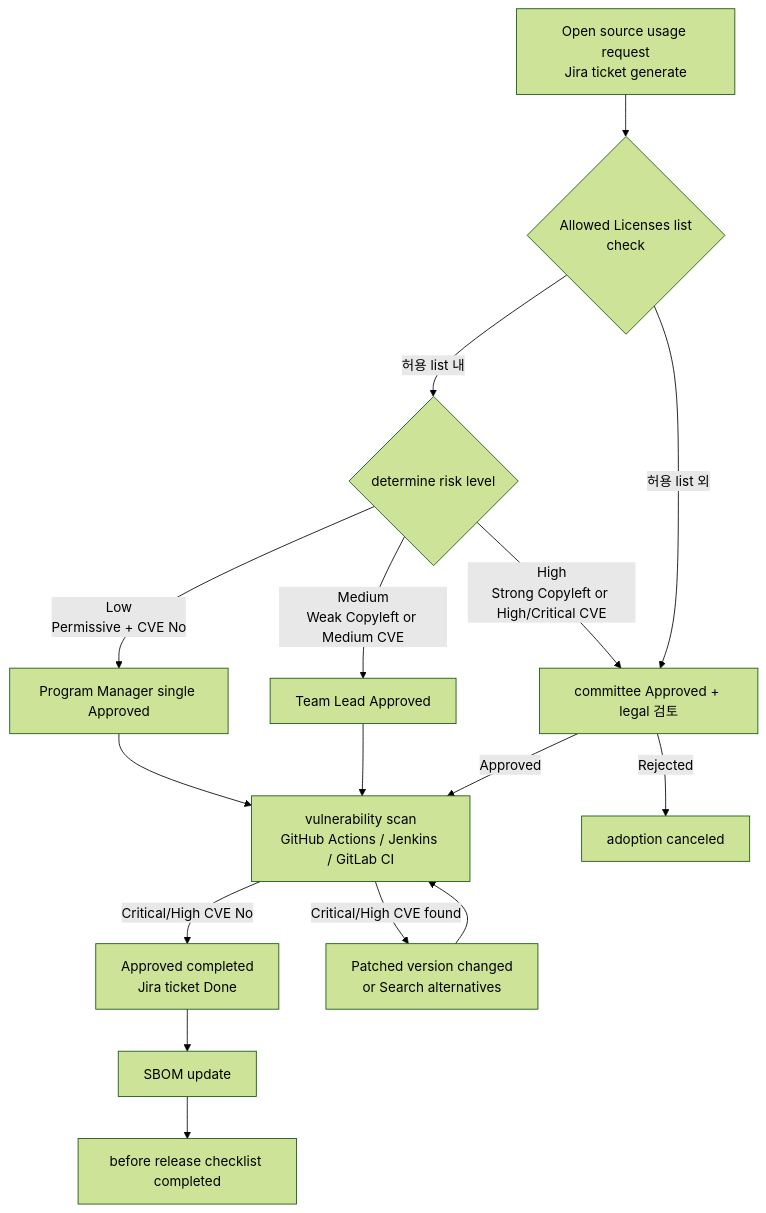
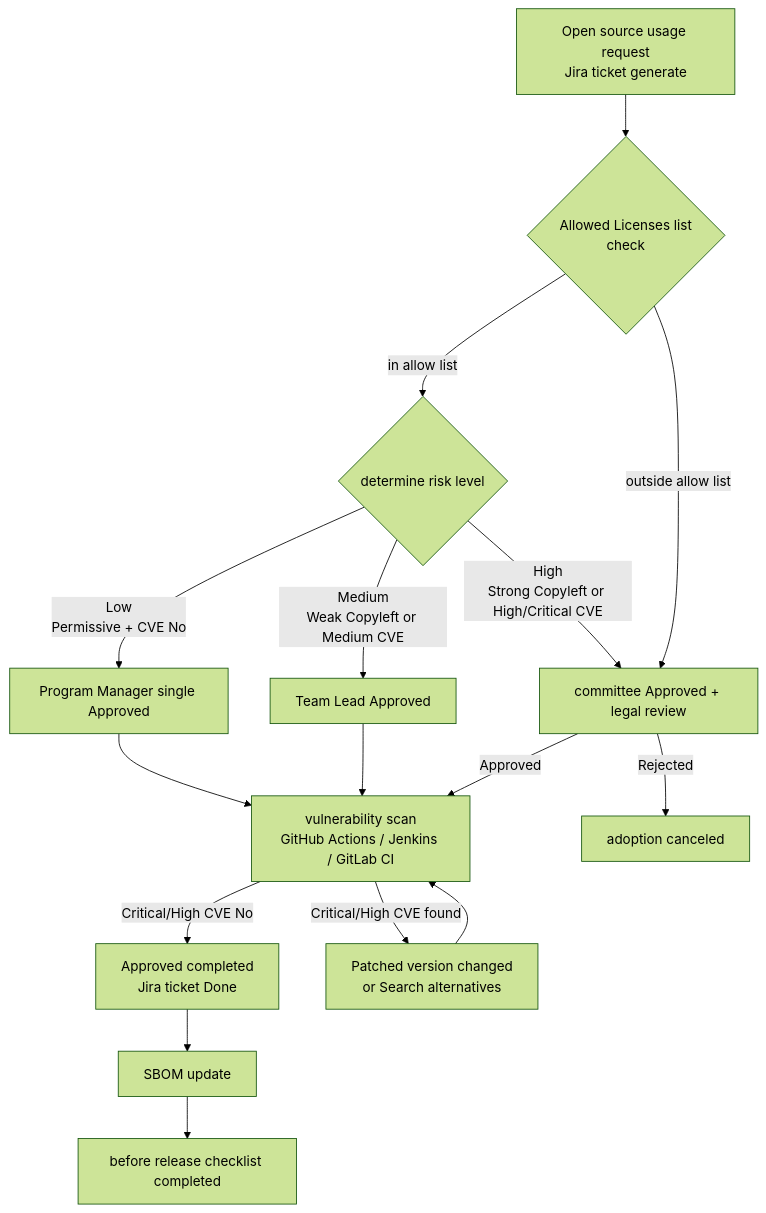
Before and after one commit to trustedoss/trustedoss.github.io: the first of 4 diagrams in website/i18n/en/docusaurus-plugin-content-docs-reference/current/samples/process.md, drawn with Mermaid (forest theme). The commit also changed other lines of this file and 4 other files, not shown here.

````diff
--- a/website/i18n/en/docusaurus-plugin-content-docs-reference/current/samples/process.md
+++ b/website/i18n/en/docusaurus-plugin-content-docs-reference/current/samples/process.md
@@ -529,18 +529,18 @@
 ```mermaid
 graph TD
     A[Open source usage request\nJira ticket generate] --> B{Allowed Licenses list\ncheck}
-    B -->|허용 list 내| C{determine risk level}
-    B -->|허용 list 외| D[committee Approved + legal 검토]
+    B -->|in allow list| C{determine risk level}
+    B -->|outside allow list| D[committee Approved + legal review]
     C -->|Low\nPermissive + CVE No| E[Program Manager single Approved]
     C -->|Medium\nWeak Copyleft or Medium CVE| F[Team Lead Approved]
     C -->|High\nStrong Copyleft or High/Critical CVE| D
     D -->|Approved| G[vulnerability scan\nGitHub Actions / Jenkins / GitLab CI]
     E --> G
     F --> G
     G -->|Critical/High CVE No| H[Approved completed\nJira ticket Done]
     G -->|Critical/High CVE found| I[Patched version changed\nor Search alternatives]
     I --> G
     D -->|Rejected| J[adoption canceled]
     H --> K[SBOM update]
     K --> L[before release checklist completed]
 ```
````
